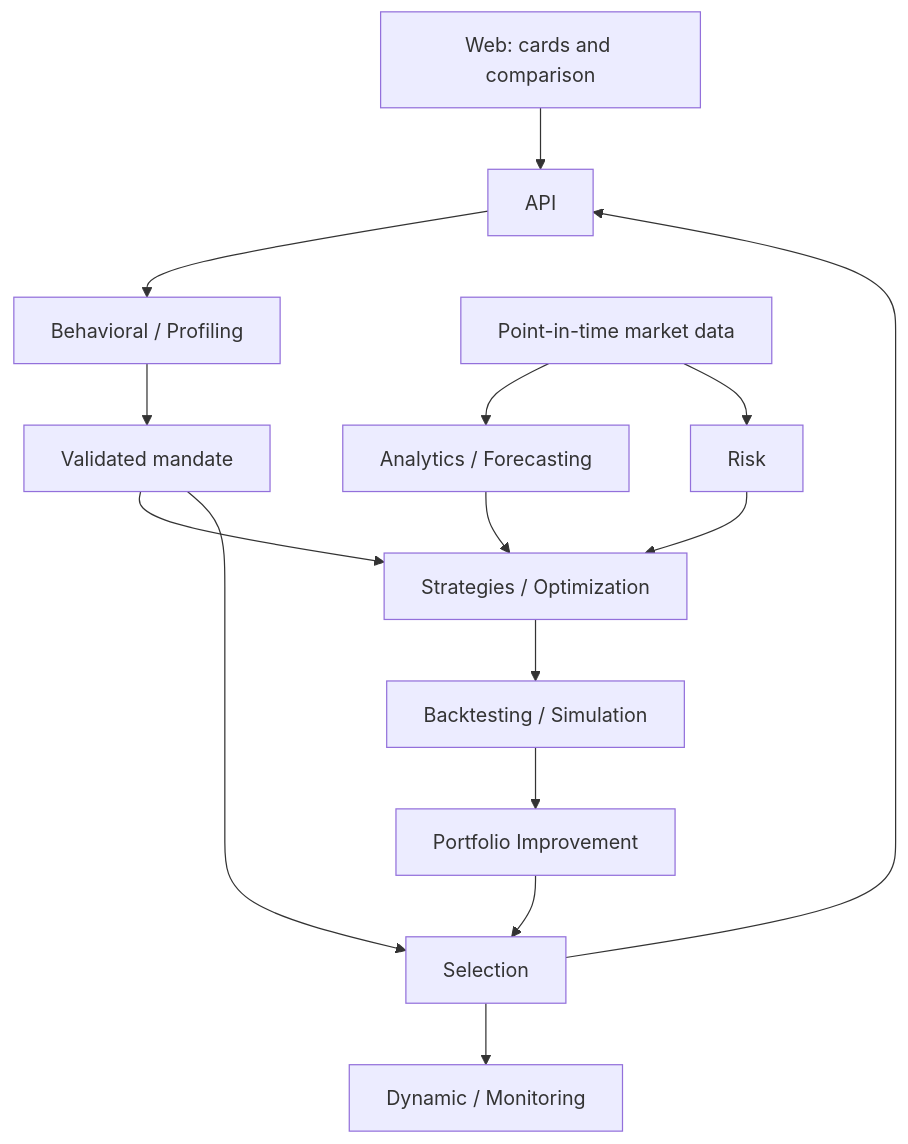
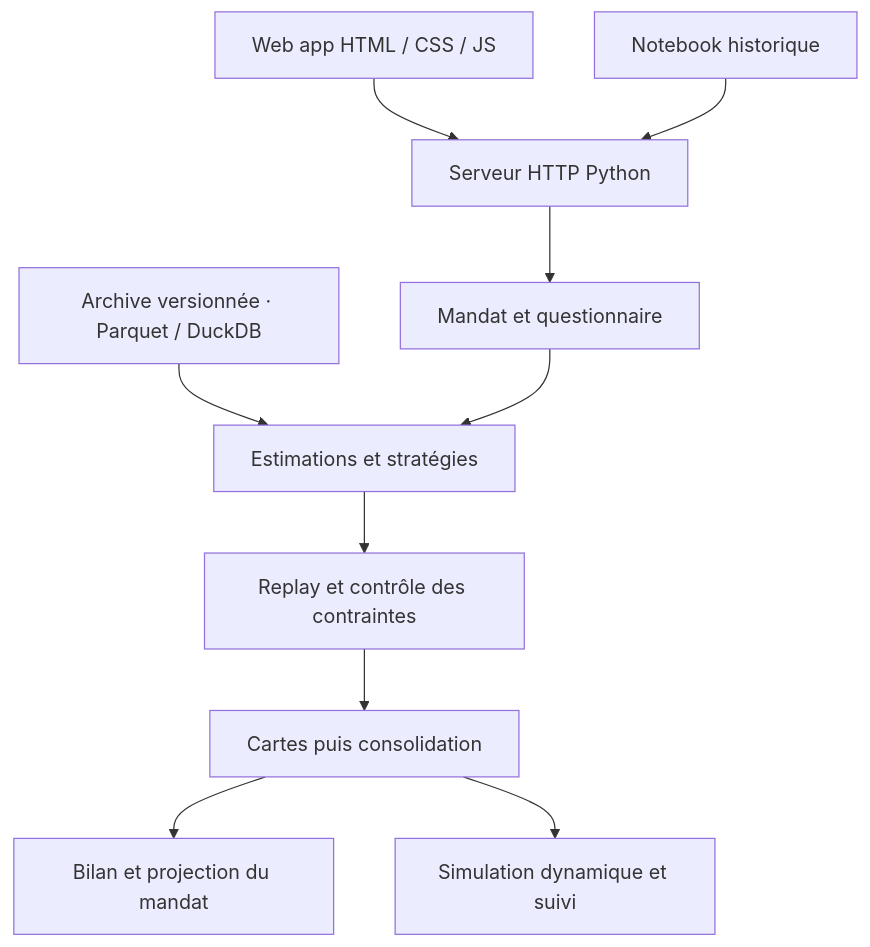
One commit to NvarMaley/TindeRisk changed the diagram in docs/ARCHITECTURE.md. Above: the diagram before and after it, drawn with Mermaid. The commit also changed other lines of this file and 29 other files, not shown here.

First line of the commit message:
Audit portfolio results and prepare RiskMatch for course review (#120)

````diff
--- a/docs/ARCHITECTURE.md
+++ b/docs/ARCHITECTURE.md
@@ -5,17 +5,12 @@
 ```mermaid
 flowchart TD
- U["Web: cards and comparison"] --> A[API]
- A --> B["Behavioral / Profiling"]
- B --> I["Validated mandate"]
- D["Point-in-time market data"] --> Q["Analytics / Forecasting"]
- D --> R[Risk]
- I --> O["Strategies / Optimization"]
- Q --> O
- R --> O
- O --> T["Backtesting / Simulation"]
- T --> V["Portfolio Improvement"]
- V --> S[Selection]
- I --> S
- S --> A
- S --> M["Dynamic / Monitoring"]
+    U["Web app HTML / CSS / JS"] --> A["Serveur HTTP Python"]
+    N["Notebook historique"] --> A
+    A --> M["Mandat et questionnaire"]
+    D["Archive versionnée · Parquet / DuckDB"] --> E["Estimations et stratégies"]
+    M --> E
+    E --> B["Replay et contrôle des contraintes"]
+    B --> S["Cartes puis consolidation"]
+    S --> R["Bilan et projection du mandat"]
+    S --> P["Simulation dynamique et suivi"]
 ```
````
